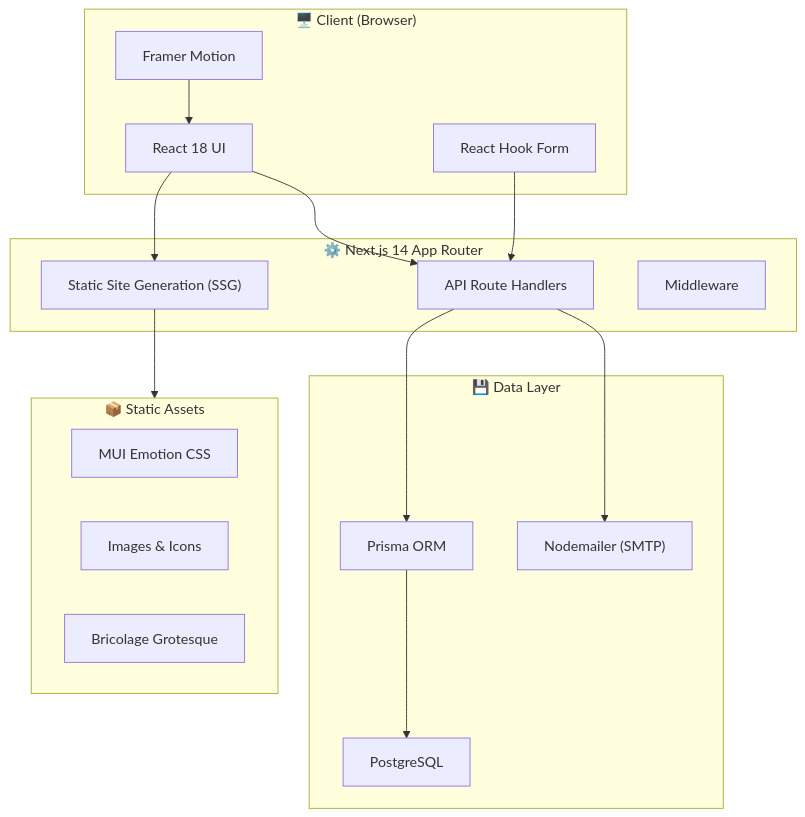
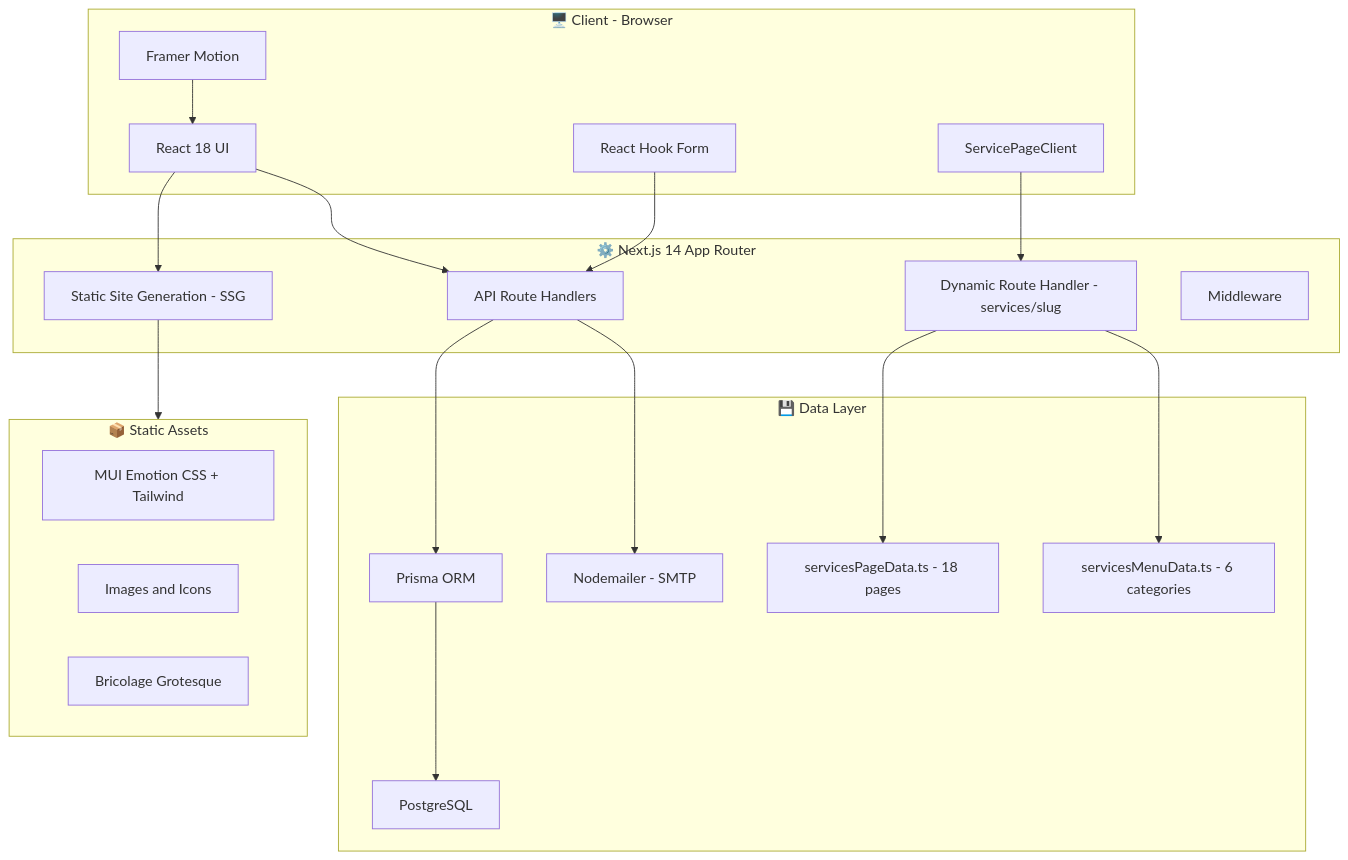
Before and after one commit to JoelJose212/Creuto-Clone: the first of 3 diagrams in README.md, drawn with Mermaid. The commit also changed other lines of this file, not shown here.

Commit message:
docs: comprehensive README update with dynamic service pages architecture and expanded project documentation

````diff
--- a/README.md
+++ b/README.md
@@ -47,35 +50,42 @@
 ```mermaid
 graph TB
-    subgraph Client["🖥️ Client (Browser)"]
+    subgraph Client["🖥️ Client - Browser"]
         UI["React 18 UI"]
         FM["Framer Motion"]
         HF["React Hook Form"]
+        SPC["ServicePageClient"]
     end
 
     subgraph Server["⚙️ Next.js 14 App Router"]
-        SSG["Static Site Generation (SSG)"]
+        SSG["Static Site Generation - SSG"]
+        DYN["Dynamic Route Handler - services/slug"]
         API["API Route Handlers"]
         MW["Middleware"]
     end
 
     subgraph Data["💾 Data Layer"]
+        SPD["servicesPageData.ts - 18 pages"]
+        SMD["servicesMenuData.ts - 6 categories"]
         Prisma["Prisma ORM"]
         PG["PostgreSQL"]
-        NM["Nodemailer (SMTP)"]
+        NM["Nodemailer - SMTP"]
     end
 
     subgraph Static["📦 Static Assets"]
-        CSS["MUI Emotion CSS"]
-        IMG["Images & Icons"]
+        CSS["MUI Emotion CSS + Tailwind"]
+        IMG["Images and Icons"]
         FONTS["Bricolage Grotesque"]
     end
 
     UI --> SSG
     UI --> API
+    SPC --> DYN
     FM --> UI
     HF --> API
     SSG --> Static
+    DYN --> SPD
+    DYN --> SMD
     API --> Prisma
     Prisma --> PG
     API --> NM
 ```
````
